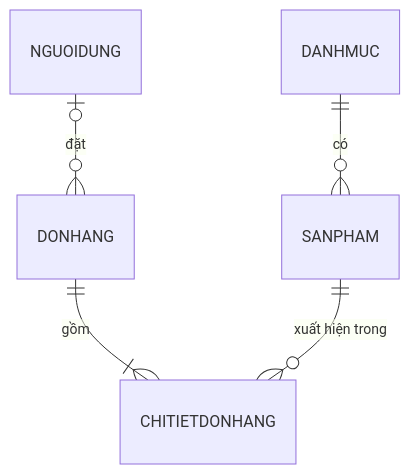
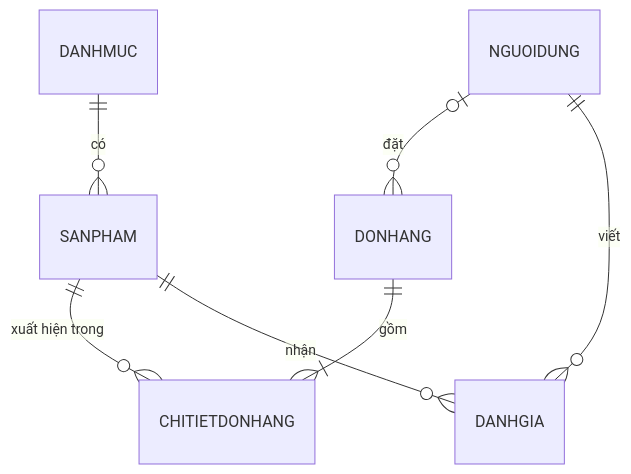
One commit to ChauLeGiaBao/MiniEcommerce-PWD301 changed the first of 2 diagrams in docs/database.md. Above: the diagram before and after it, drawn with Mermaid. The commit also changed other lines of this file and 23 other files, not shown here.

````diff
--- a/docs/database.md
+++ b/docs/database.md
@@ -8,7 +8,9 @@
 ```mermaid
 erDiagram
     DANHMUC ||--o{ SANPHAM : "có"
     NGUOIDUNG |o--o{ DONHANG : "đặt"
     DONHANG ||--|{ CHITIETDONHANG : "gồm"
     SANPHAM ||--o{ CHITIETDONHANG : "xuất hiện trong"
+    NGUOIDUNG ||--o{ DANHGIA : "viết"
+    SANPHAM ||--o{ DANHGIA : "nhận"
 ```
````
